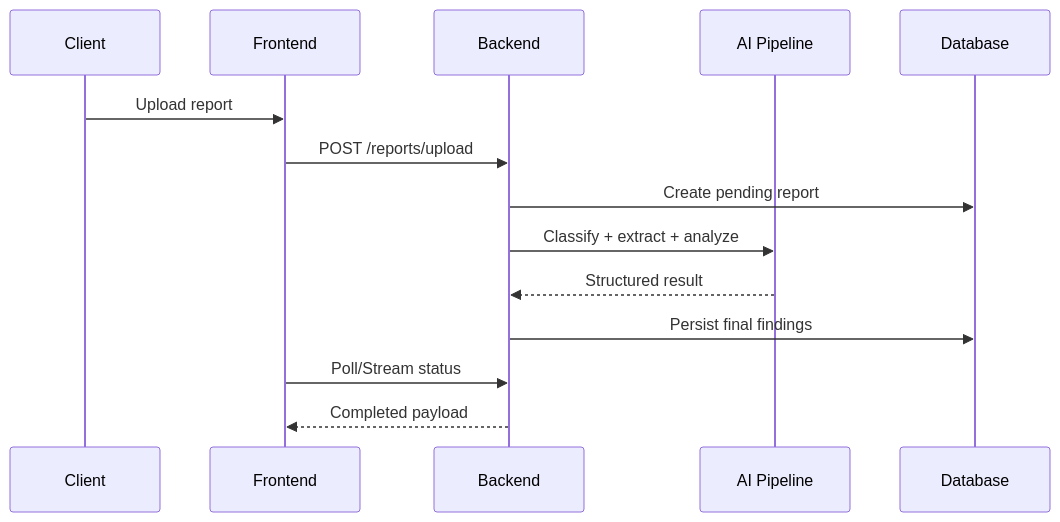
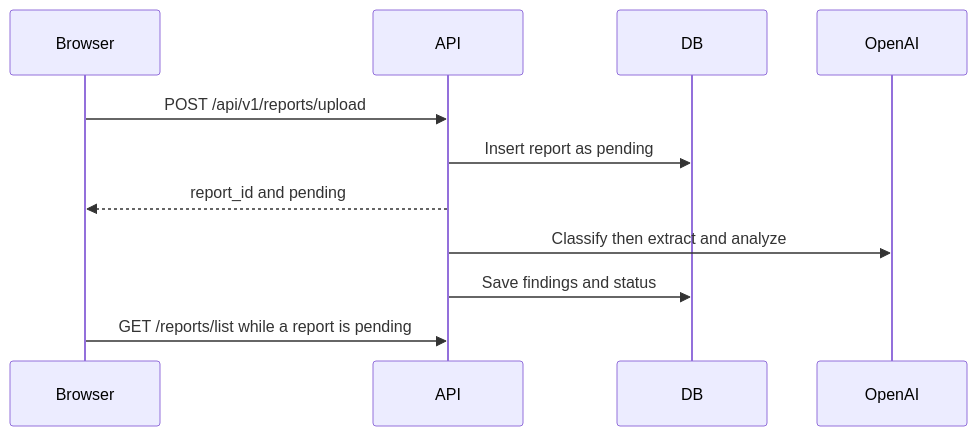
The third of 3 diagrams in README.md (MohammadMoradpoor/medical-ai-analyzer), drawn with Mermaid before and after one commit. The commit also changed other lines of this file, not shown here.

````diff
--- a/README.md
+++ b/README.md
@@ -93,17 +114,13 @@
 ```mermaid
 sequenceDiagram
-    participant C as Client
-    participant FE as Frontend
-    participant API as Backend
-    participant PIPE as AI Pipeline
-    participant DB as Database
-
-    C->>FE: Upload report
-    FE->>API: POST /reports/upload
-    API->>DB: Create pending report
-    API->>PIPE: Classify + extract + analyze
-    PIPE-->>API: Structured result
-    API->>DB: Persist final findings
-    FE->>API: Poll/Stream status
-    API-->>FE: Completed payload
+  participant Browser
+  participant API
+  participant DB
+  participant OpenAI
+  Browser->>API: POST /api/v1/reports/upload
+  API->>DB: Insert report as pending
+  API-->>Browser: report_id and pending
+  API->>OpenAI: Classify then extract and analyze
+  API->>DB: Save findings and status
+  Browser->>API: GET /reports/list while a report is pending
 ```
````
